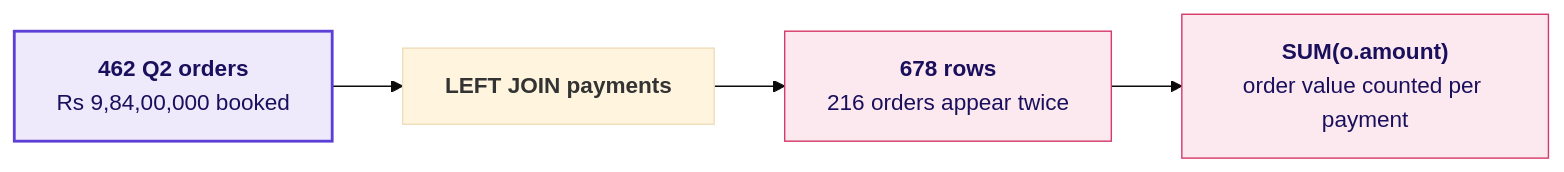
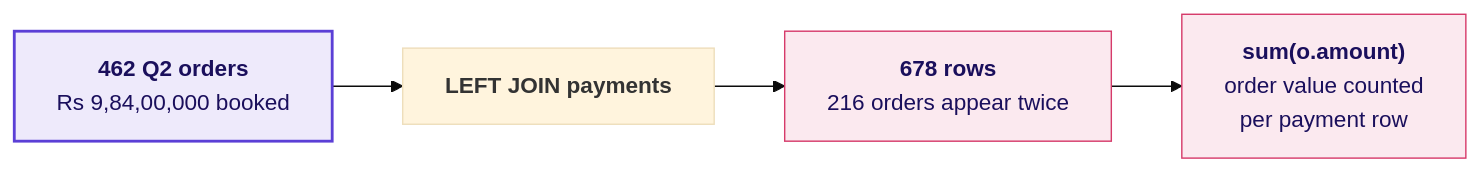
Before and after one commit to fde-academy-lab/c2-content-factory: the third of 6 diagrams in content/W02/D2/whiteboards/C2_W02_D02_board_STUDENT.md, drawn with Mermaid (base theme). The commit also changed other lines of this file and 10 other files, not shown here.

````diff
--- a/content/W02/D2/whiteboards/C2_W02_D02_board_STUDENT.md
+++ b/content/W02/D2/whiteboards/C2_W02_D02_board_STUDENT.md
@@ -76,10 +76,10 @@
 ```mermaid
 flowchart LR
     I["<b>462 Q2 orders</b><br/>Rs 9,84,00,000 booked"] --> J["<b>LEFT JOIN payments</b>"]
     J --> R["<b>678 rows</b><br/>216 orders appear twice"]
-    R --> S["<b>SUM(o.amount)</b><br/>order value counted per payment"]
+    R --> S["<b>sum(o.amount)</b><br/>order value counted<br/>per payment row"]
     classDef known fill:#EEEAFB,stroke:#5B3FD6,color:#1A0F5C,stroke-width:2px
     classDef bad fill:#FBE9EF,stroke:#D63A6A,color:#1A0F5C
     class I known
     class R,S bad
 ```
````
